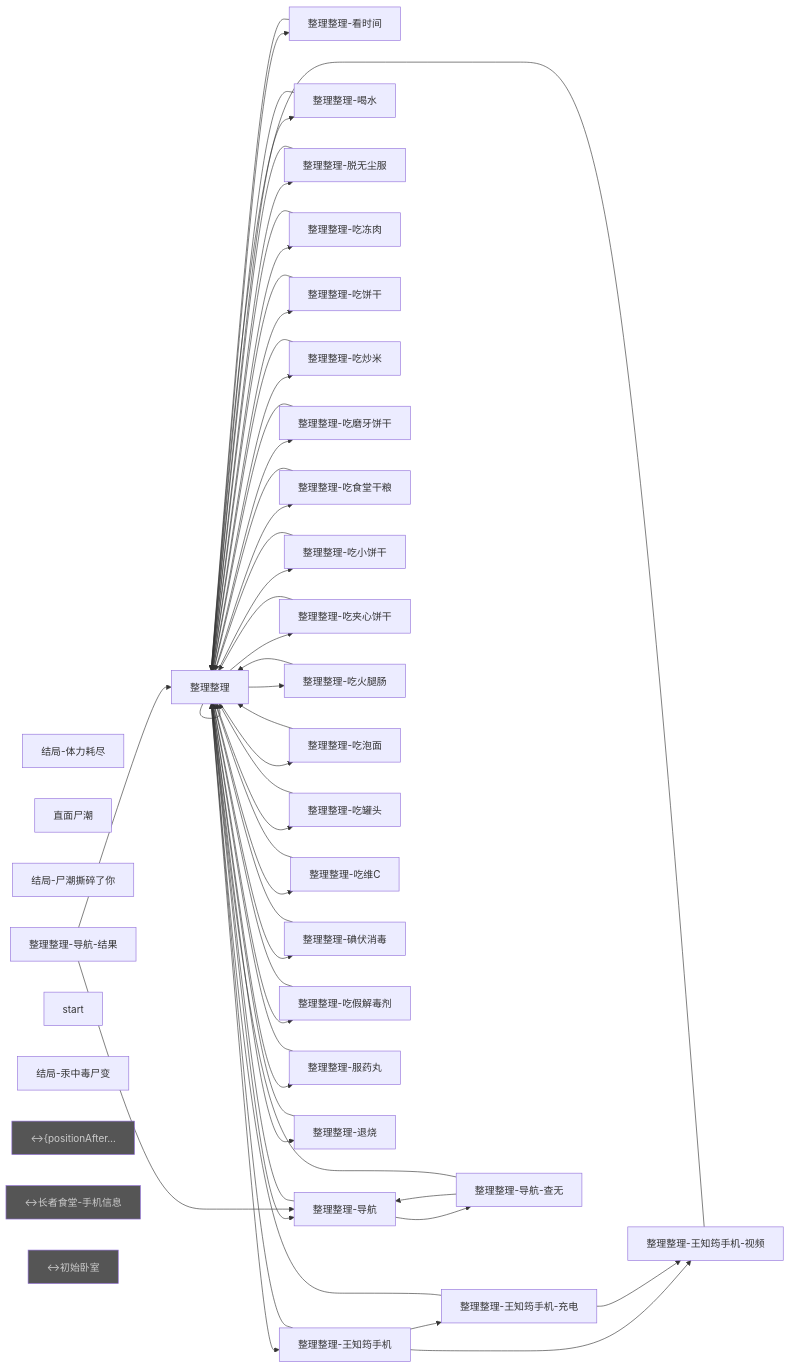
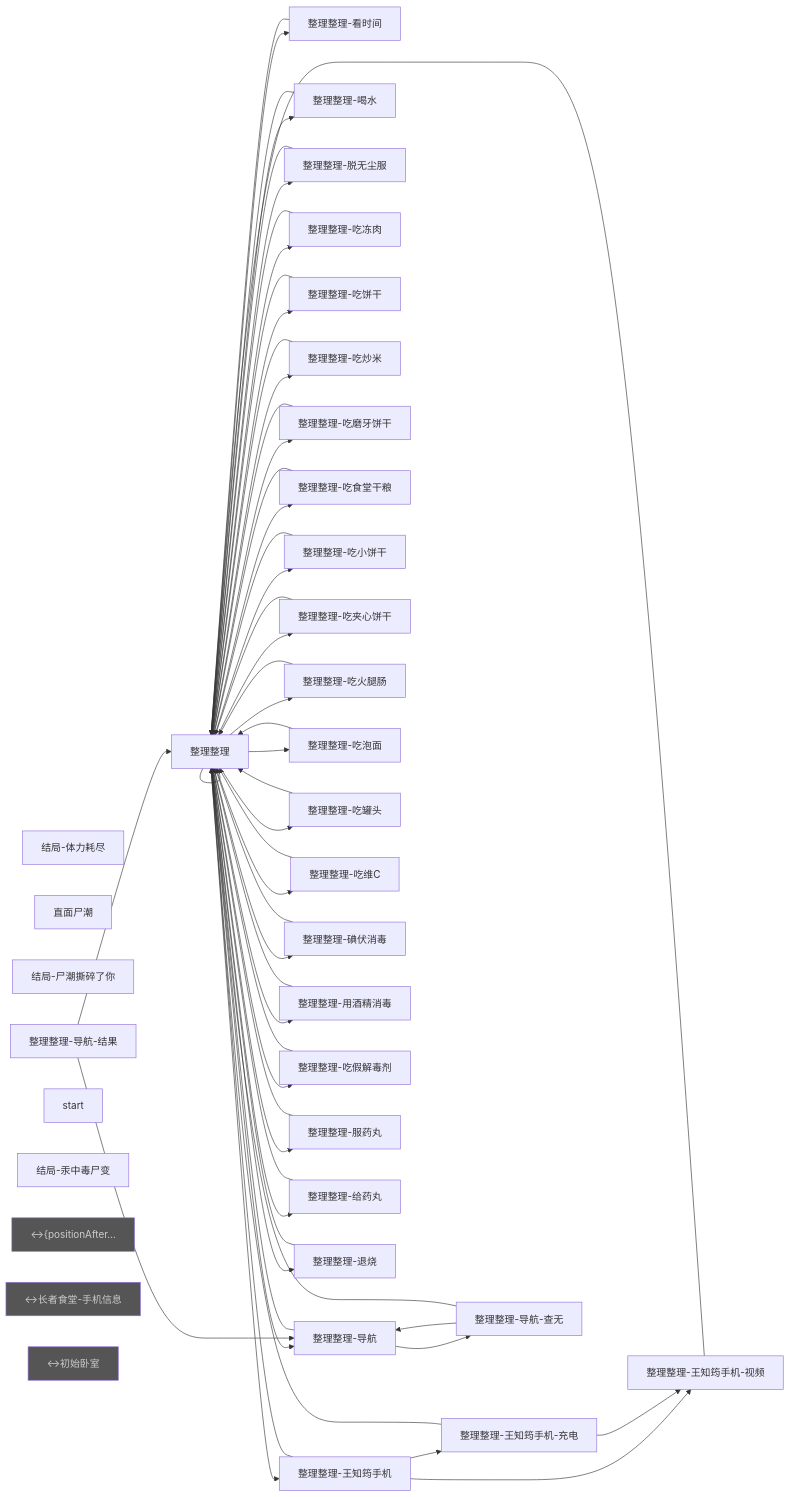
The first of 24 diagrams in tools/graph-report/总览.md (bobomymz/Plot-Game), drawn with Mermaid before and after one commit. The commit also changed other lines of this file and 15 other files, not shown here.

````diff
--- a/tools/graph-report/总览.md
+++ b/tools/graph-report/总览.md
@@ -71,17 +71,19 @@
   n19["整理整理-吃罐头"]
   n20["整理整理-吃维C"]
   n21["整理整理-碘伏消毒"]
-  n22["整理整理-吃假解毒剂"]
-  n23["整理整理-服药丸"]
-  n24["整理整理-退烧"]
-  n25["整理整理-导航"]
-  n26["整理整理-导航-结果"]
-  n27["整理整理-导航-查无"]
-  n28["start"]
-  n29["结局-汞中毒尸变"]
-  n30["↔{positionAfter…"]:::ext
-  n31["↔长者食堂-手机信息"]:::ext
-  n32["↔初始卧室"]:::ext
+  n22["整理整理-用酒精消毒"]
+  n23["整理整理-吃假解毒剂"]
+  n24["整理整理-服药丸"]
+  n25["整理整理-给药丸"]
+  n26["整理整理-退烧"]
+  n27["整理整理-导航"]
+  n28["整理整理-导航-结果"]
+  n29["整理整理-导航-查无"]
+  n30["start"]
+  n31["结局-汞中毒尸变"]
+  n32["↔{positionAfter…"]:::ext
+  n33["↔长者食堂-手机信息"]:::ext
+  n34["↔初始卧室"]:::ext
   n3 --> n3
   n3 --> n8
   n3 --> n9
@@ -89,7 +91,7 @@
   n3 --> n11
   n3 --> n18
   n3 --> n19
-  n3 --> n22
+  n3 --> n23
   n3 --> n15
   n3 --> n17
   n3 --> n12
@@ -97,12 +99,14 @@
   n3 --> n13
   n3 --> n14
   n3 --> n20
-  n3 --> n23
+  n3 --> n24
+  n3 --> n25
+  n3 --> n22
   n3 --> n21
-  n3 --> n24
+  n3 --> n26
   n3 --> n4
   n3 --> n5
-  n3 --> n25
+  n3 --> n27
   n4 --> n3
   n5 --> n7
   n5 --> n6
@@ -127,11 +131,13 @@
   n22 --> n3
   n23 --> n3
   n24 --> n3
-  n25 --> n27
   n25 --> n3
-  n26 --> n25
   n26 --> n3
-  n27 --> n25
+  n27 --> n29
   n27 --> n3
+  n28 --> n27
+  n28 --> n3
+  n29 --> n27
+  n29 --> n3
   classDef ext fill:#555,color:#ccc;
 ```
````
